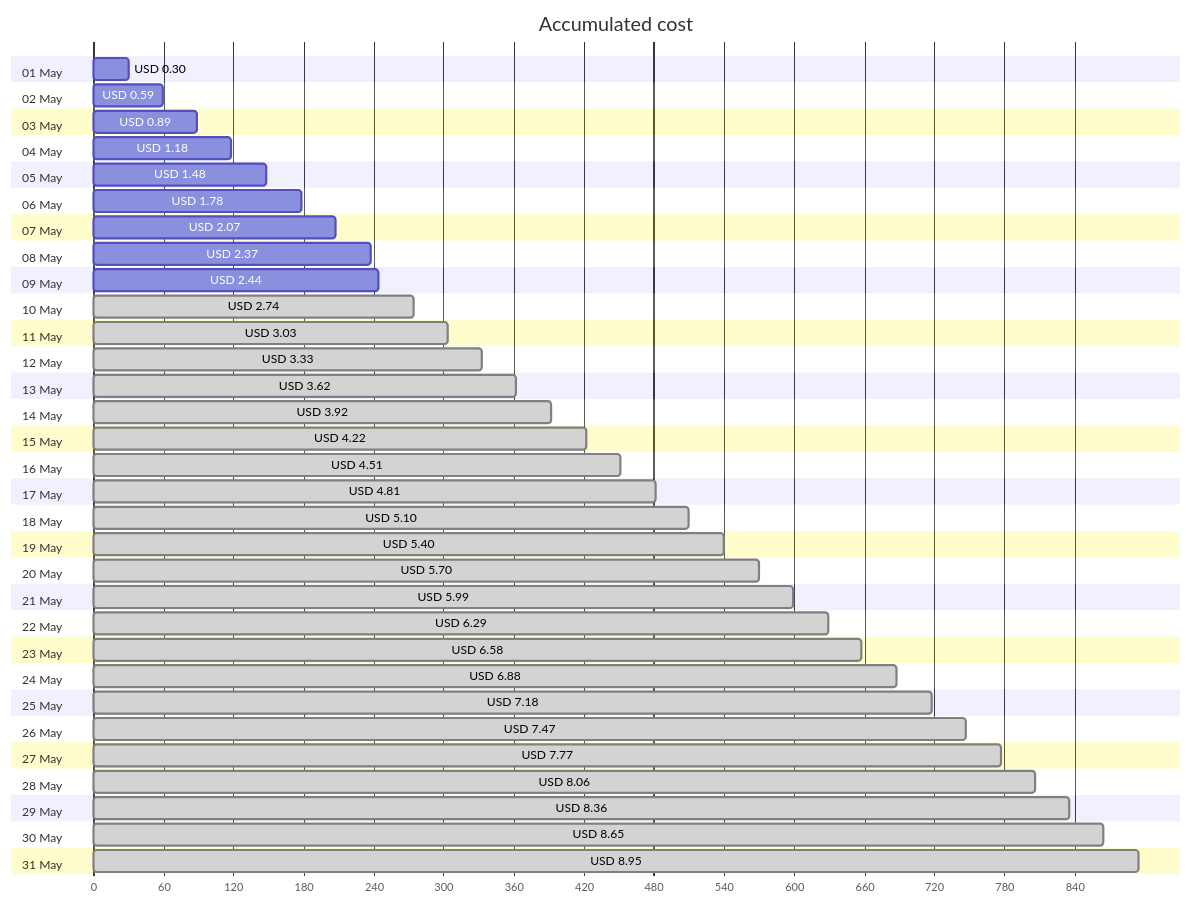
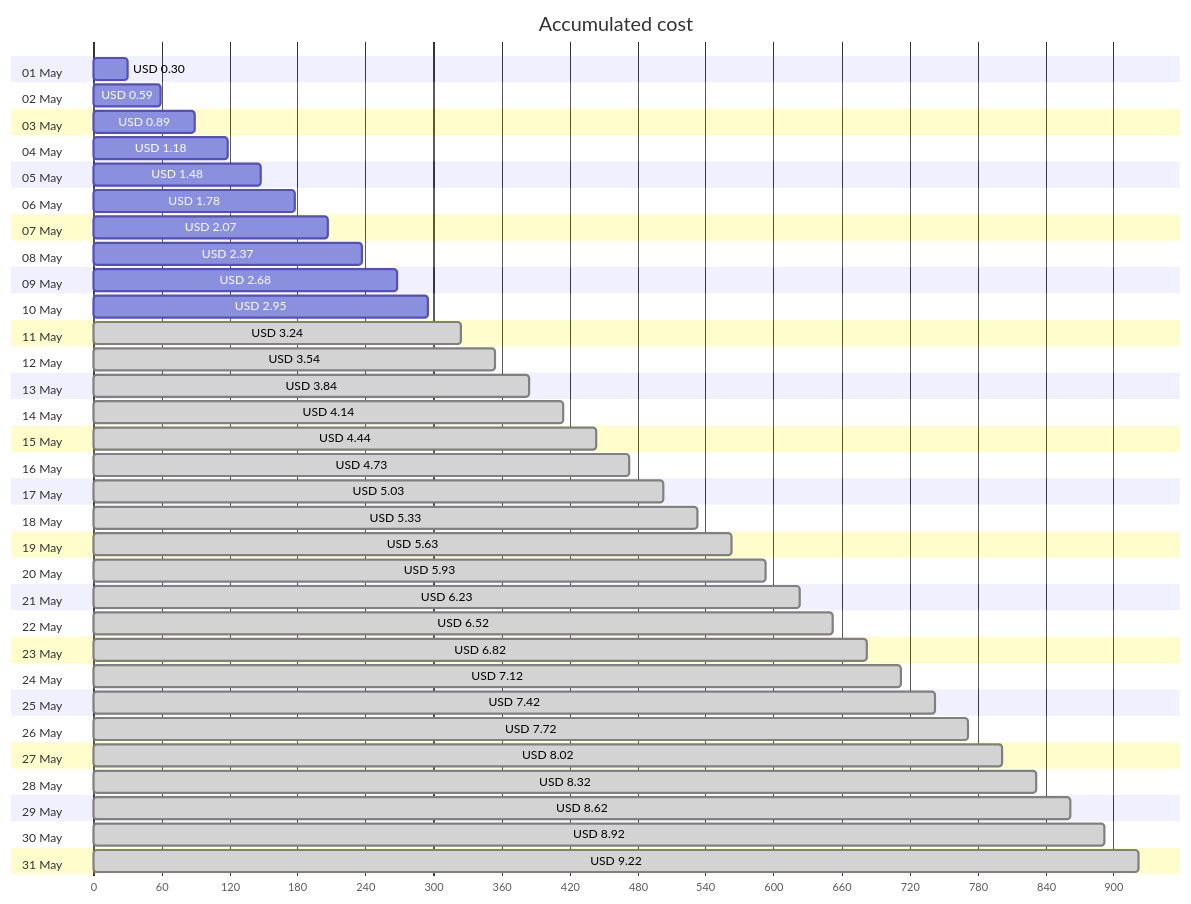
Before and after one commit to jpfulton/azure-personal-reports: the first of 4 diagrams in cost-reports/personal-site/personal-site.md, drawn with Mermaid. The commit also changed other lines of this file and 6 other files, not shown here.

````diff
--- a/cost-reports/personal-site/personal-site.md
+++ b/cost-reports/personal-site/personal-site.md
@@ -20,68 +20,68 @@
 ```mermaid
 gantt
    title Accumulated cost
    dateFormat  X
    axisFormat %s
    section 01 May
    USD 0.30 :0, 30
    section 02 May
    USD 0.59 :0, 59
    section 03 May
    USD 0.89 :0, 89
    section 04 May
    USD 1.18 :0, 118
    section 05 May
    USD 1.48 :0, 148
    section 06 May
    USD 1.78 :0, 178
    section 07 May
    USD 2.07 :0, 207
    section 08 May
    USD 2.37 :0, 237
    section 09 May
-   USD 2.44 :0, 244
+   USD 2.68 :0, 268
    section 10 May
-   USD 2.74 : done, 0, 274
+   USD 2.95 :0, 295
    section 11 May
-   USD 3.03 : done, 0, 303
+   USD 3.24 : done, 0, 324
    section 12 May
-   USD 3.33 : done, 0, 333
+   USD 3.54 : done, 0, 354
    section 13 May
-   USD 3.62 : done, 0, 362
+   USD 3.84 : done, 0, 384
    section 14 May
-   USD 3.92 : done, 0, 392
+   USD 4.14 : done, 0, 414
    section 15 May
-   USD 4.22 : done, 0, 422
+   USD 4.44 : done, 0, 444
    section 16 May
-   USD 4.51 : done, 0, 451
+   USD 4.73 : done, 0, 473
    section 17 May
-   USD 4.81 : done, 0, 481
+   USD 5.03 : done, 0, 503
    section 18 May
-   USD 5.10 : done, 0, 510
+   USD 5.33 : done, 0, 533
    section 19 May
-   USD 5.40 : done, 0, 540
+   USD 5.63 : done, 0, 563
    section 20 May
-   USD 5.70 : done, 0, 570
+   USD 5.93 : done, 0, 593
    section 21 May
-   USD 5.99 : done, 0, 599
+   USD 6.23 : done, 0, 623
    section 22 May
-   USD 6.29 : done, 0, 629
+   USD 6.52 : done, 0, 652
    section 23 May
-   USD 6.58 : done, 0, 658
+   USD 6.82 : done, 0, 682
    section 24 May
-   USD 6.88 : done, 0, 688
+   USD 7.12 : done, 0, 712
    section 25 May
-   USD 7.18 : done, 0, 718
+   USD 7.42 : done, 0, 742
    section 26 May
-   USD 7.47 : done, 0, 747
+   USD 7.72 : done, 0, 772
    section 27 May
-   USD 7.77 : done, 0, 777
+   USD 8.02 : done, 0, 802
    section 28 May
-   USD 8.06 : done, 0, 806
+   USD 8.32 : done, 0, 832
    section 29 May
-   USD 8.36 : done, 0, 836
+   USD 8.62 : done, 0, 862
    section 30 May
-   USD 8.65 : done, 0, 865
+   USD 8.92 : done, 0, 892
    section 31 May
-   USD 8.95 : done, 0, 895
+   USD 9.22 : done, 0, 922
 ```
````
